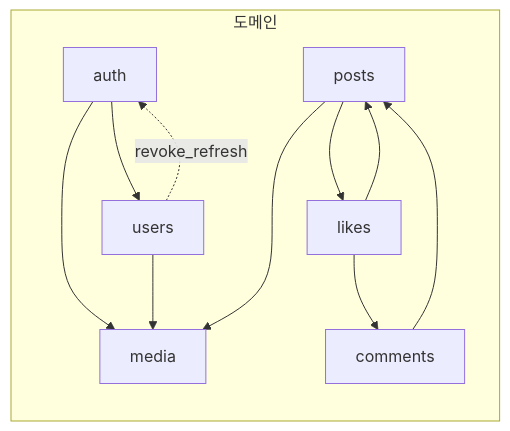
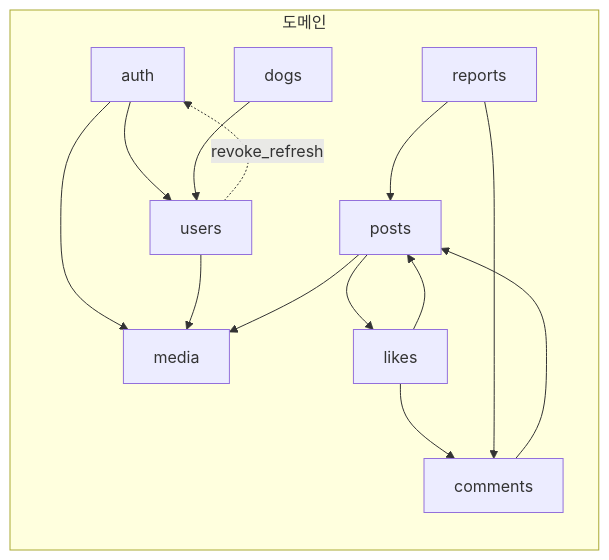
Before and after one commit to kyjness/2-kyjness-community-be: the first of 3 diagrams in docs/architecture.md, drawn with Mermaid. The commit also changed other lines of this file and 85 other files, not shown here.

````diff
--- a/docs/architecture.md
+++ b/docs/architecture.md
@@ -59,21 +60,26 @@
 ```mermaid
 flowchart LR
     subgraph 도메인["도메인"]
         auth[auth]
         users[users]
         posts[posts]
         comments[comments]
         likes[likes]
         media[media]
+        reports[reports]
+        dogs[dogs]
     end
 
     auth --> users
     auth --> media
     users --> media
     users -.->|revoke_refresh| auth
     posts --> media
     posts --> likes
     comments --> posts
     likes --> posts
     likes --> comments
+    reports --> posts
+    reports --> comments
+    dogs --> users
 ```
````
